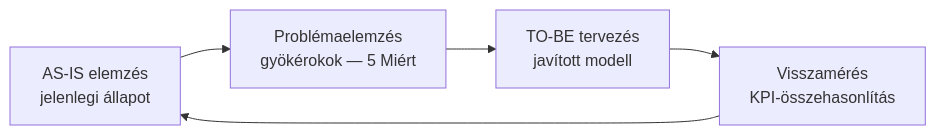
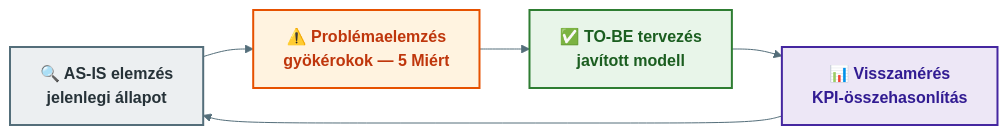
One commit to denespocsik/MM_BSC_Zarovizsga changed the diagram in Tételek/V03-GMXSF2MBLF-Üzleti folyamatok mérése és optimalizálása.tétel.md. Above: the diagram before and after it, drawn with Mermaid. The commit also changed 7 other files, not shown here.

First line of the commit message:
style(V01-V05): Mermaid diagram stílus egységesítése a V11-V12 mintájára

````diff
--- a/Tételek/V03-GMXSF2MBLF-Üzleti folyamatok mérése és optimalizálása.tétel.md
+++ b/Tételek/V03-GMXSF2MBLF-Üzleti folyamatok mérése és optimalizálása.tétel.md
@@ -43,7 +43,13 @@
 ```mermaid
+%%{init: {'theme': 'base', 'themeVariables': {'primaryColor': '#E3F2FD', 'primaryBorderColor': '#1565C0', 'lineColor': '#546E7A', 'edgeLabelBackground': '#F5F5F5'}}}%%
 flowchart LR
-    A["AS-IS elemzés<br/>jelenlegi állapot"] --> B["Problémaelemzés<br/>gyökérokok — 5 Miért"]
-    B --> C["TO-BE tervezés<br/>javított modell"]
-    C --> D["Visszamérés<br/>KPI-összehasonlítás"]
+    classDef asis    fill:#ECEFF1,stroke:#546E7A,stroke-width:2px,color:#263238,font-weight:bold
+    classDef problem fill:#FFF3E0,stroke:#E65100,stroke-width:2px,color:#BF360C,font-weight:bold
+    classDef tobe    fill:#E8F5E9,stroke:#2E7D32,stroke-width:2px,color:#1B5E20,font-weight:bold
+    classDef measure fill:#EDE7F6,stroke:#4527A0,stroke-width:2px,color:#311B92,font-weight:bold
+
+    A["🔍 AS-IS elemzés<br/>jelenlegi állapot"]:::asis --> B["⚠️ Problémaelemzés<br/>gyökérokok — 5 Miért"]:::problem
+    B --> C["✅ TO-BE tervezés<br/>javított modell"]:::tobe
+    C --> D["📊 Visszamérés<br/>KPI-összehasonlítás"]:::measure
     D --> A
 ```
````
